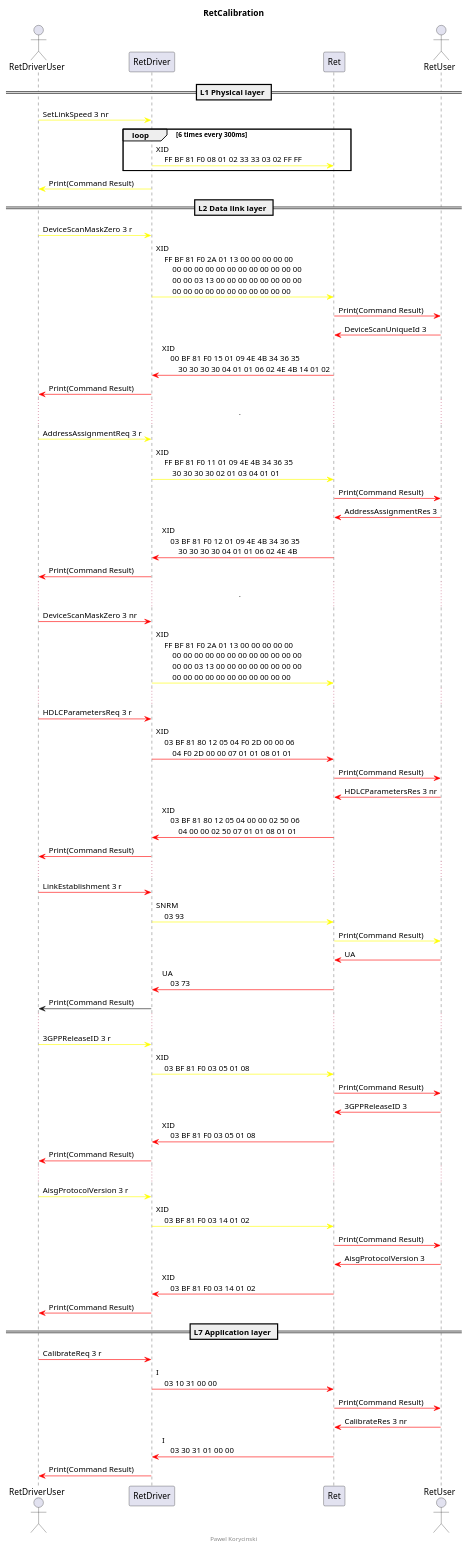
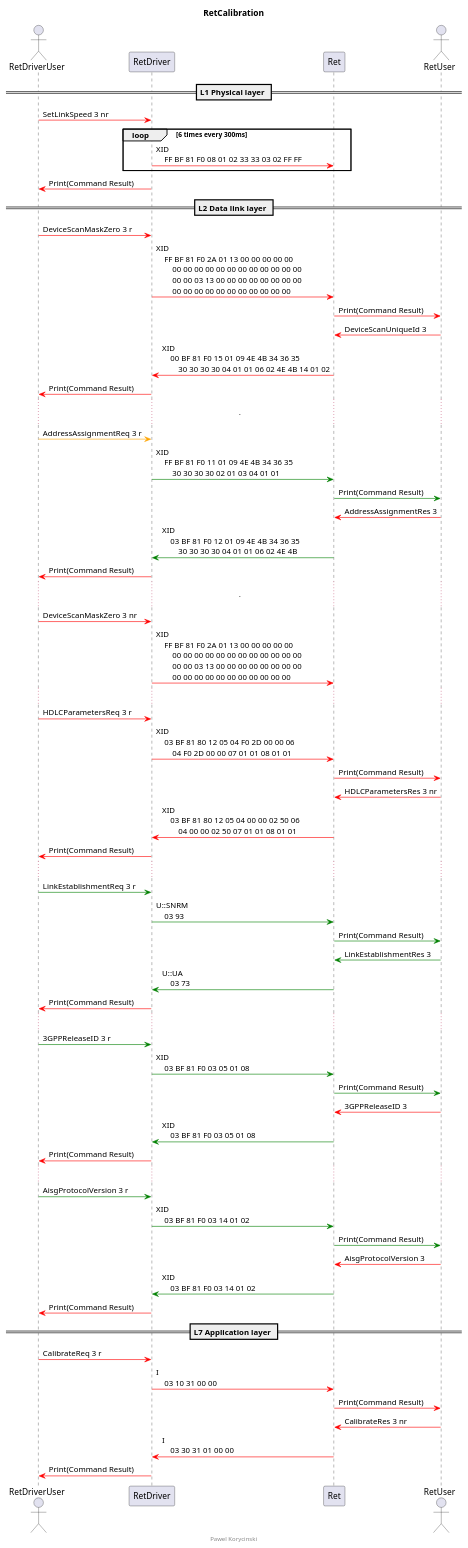
One commit to trunksBT/Almag_RetDriver_Device_Simulator_Docs changed the diagram in UML_DiagramOfSequence_New.wsd. Above: the diagram before and after it, drawn with PlantUML.

Commit message:
Colorize the finished steps

```diff
--- a/UML_DiagramOfSequence_New.wsd
+++ b/UML_DiagramOfSequence_New.wsd
@@ -1,123 +1,123 @@
 @startuml
 
 title RetCalibration
 
 actor RetDriverUser
 participant RetDriver
 participant Ret
 actor RetUser
 
 == L1 Physical layer ==
 
-RetDriverUser -[#yellow]> RetDriver : SetLinkSpeed 3 nr
+RetDriverUser -[#red]> RetDriver : SetLinkSpeed 3 nr
 loop 6 times every 300ms
-    RetDriver -[#yellow]> Ret : XID\n\
+    RetDriver -[#red]> Ret : XID\n\
     FF BF 81 F0 08 01 02 33 33 03 02 FF FF
 end
-RetDriver -[#yellow]> RetDriverUser : Print(Command Result)
+RetDriver -[#red]> RetDriverUser : Print(Command Result)
 
 == L2 Data link layer ==
 
-RetDriverUser -[#yellow]> RetDriver : DeviceScanMaskZero 3 r
-RetDriver -[#yellow]> Ret : XID\n\
+RetDriverUser -[#red]> RetDriver : DeviceScanMaskZero 3 r
+RetDriver -[#red]> Ret : XID\n\
     FF BF 81 F0 2A 01 13 00 00 00 00 00\n\
         00 00 00 00 00 00 00 00 00 00 00 00\n\
         00 00 03 13 00 00 00 00 00 00 00 00\n\
         00 00 00 00 00 00 00 00 00 00 00
 Ret -[#red]> RetUser : Print(Command Result)
 
 RetUser -[#red]> Ret : DeviceScanUniqueId 3
 Ret -[#red]> RetDriver : XID\n\
     00 BF 81 F0 15 01 09 4E 4B 34 36 35\n\
         30 30 30 30 04 01 01 06 02 4E 4B 14 01 02
 RetDriver -[#red]> RetDriverUser : Print(Command Result)
 
 .......
 
-RetDriverUser -[#yellow]> RetDriver : AddressAssignmentReq 3 r
-RetDriver -[#yellow]> Ret : XID\n\
+RetDriverUser -[#orange]> RetDriver : AddressAssignmentReq 3 r
+RetDriver -[#green]> Ret : XID\n\
     FF BF 81 F0 11 01 09 4E 4B 34 36 35\n\
         30 30 30 30 02 01 03 04 01 01
-Ret -[#red]> RetUser : Print(Command Result)
+Ret -[#green]> RetUser : Print(Command Result)
 
 RetUser -[#red]> Ret : AddressAssignmentRes 3
-Ret -[#red]> RetDriver : XID\n\
+Ret -[#green]> RetDriver : XID\n\
     03 BF 81 F0 12 01 09 4E 4B 34 36 35\n\
         30 30 30 30 04 01 01 06 02 4E 4B
 RetDriver -[#red]> RetDriverUser : Print(Command Result)
 
 .......
 
 RetDriverUser -[#red]> RetDriver : DeviceScanMaskZero 3 nr
-RetDriver -[#yellow]> Ret : XID\n\
+RetDriver -[#red]> Ret : XID\n\
     FF BF 81 F0 2A 01 13 00 00 00 00 00\n\
         00 00 00 00 00 00 00 00 00 00 00 00\n\
         00 00 03 13 00 00 00 00 00 00 00 00\n\
         00 00 00 00 00 00 00 00 00 00 00 
 
 ......
 
 RetDriverUser -[#red]> RetDriver : HDLCParametersReq 3 r
 RetDriver -[#red]> Ret : XID\n\
     03 BF 81 80 12 05 04 F0 2D 00 00 06\n\
         04 F0 2D 00 00 07 01 01 08 01 01 
 Ret -[#red]> RetUser : Print(Command Result)
 
 RetUser -[#red]> Ret : HDLCParametersRes 3 nr
 Ret -[#red]> RetDriver : XID\n\
     03 BF 81 80 12 05 04 00 00 02 50 06\n\
         04 00 00 02 50 07 01 01 08 01 01
 RetDriver -[#red]> RetDriverUser : Print(Command Result)
 
 ......
 
-RetDriverUser -[#red]> RetDriver : LinkEstablishment 3 r
-RetDriver -[#yellow]> Ret : SNRM\n\
+RetDriverUser -[#green]> RetDriver : LinkEstablishmentReq 3 r
+RetDriver -[#green]> Ret : U::SNRM\n\
     03 93 
-Ret -[#yellow]> RetUser : Print(Command Result)
+Ret -[#green]> RetUser : Print(Command Result)
 
-RetUser -[#red]> Ret : UA
-Ret -[#red]> RetDriver : UA\n\
+RetUser -[#green]> Ret : LinkEstablishmentRes 3
+Ret -[#green]> RetDriver : U::UA\n\
     03 73
-RetDriver -> RetDriverUser : Print(Command Result)
+RetDriver -[#red]> RetDriverUser : Print(Command Result)
 
 ......
 
-RetDriverUser -[#yellow]> RetDriver : 3GPPReleaseID 3 r
-RetDriver -[#yellow]> Ret : XID\n\
+RetDriverUser -[#green]> RetDriver : 3GPPReleaseID 3 r
+RetDriver -[#green]> Ret : XID\n\
     03 BF 81 F0 03 05 01 08
-Ret -[#red]> RetUser : Print(Command Result)
+Ret -[#green]> RetUser : Print(Command Result)
 
 RetUser -[#red]> Ret : 3GPPReleaseID 3
-Ret -[#red]> RetDriver : XID\n\
+Ret -[#green]> RetDriver : XID\n\
     03 BF 81 F0 03 05 01 08
 RetDriver -[#red]> RetDriverUser : Print(Command Result)
 
 ......
 
-RetDriverUser -[#yellow]> RetDriver : AisgProtocolVersion 3 r
-RetDriver -[#yellow]> Ret : XID\n\
+RetDriverUser -[#green]> RetDriver : AisgProtocolVersion 3 r
+RetDriver -[#green]> Ret : XID\n\
     03 BF 81 F0 03 14 01 02
-Ret -[#red]> RetUser : Print(Command Result)
+Ret -[#green]> RetUser : Print(Command Result)
 
 RetUser -[#red]> Ret : AisgProtocolVersion 3
-Ret -[#red]> RetDriver : XID\n\
+Ret -[#green]> RetDriver : XID\n\
     03 BF 81 F0 03 14 01 02
 RetDriver -[#red]> RetDriverUser : Print(Command Result)
 
 == L7 Application layer ==
 
 RetDriverUser -[#red]> RetDriver : CalibrateReq 3 r
 RetDriver -[#red]> Ret : I\n\
     03 10 31 00 00 
 Ret -[#red]> RetUser : Print(Command Result)
 
 RetUser -[#red]> Ret : CalibrateRes 3 nr
 Ret -[#red]> RetDriver : I\n\
     03 30 31 01 00 00 
 
 RetDriver -[#red]> RetDriverUser : Print(Command Result)
 
 footer Pawel Korycinski
 
 @enduml
```
